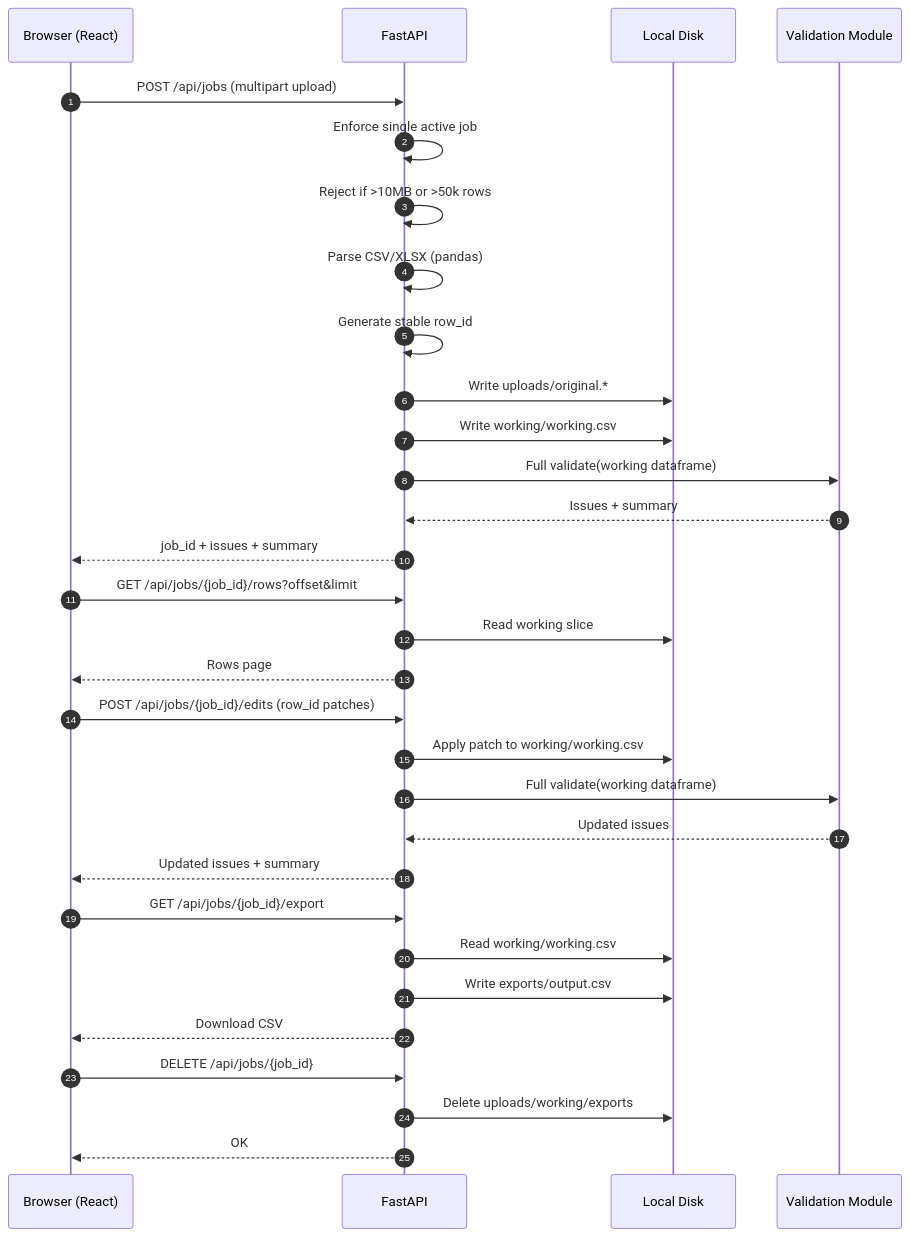
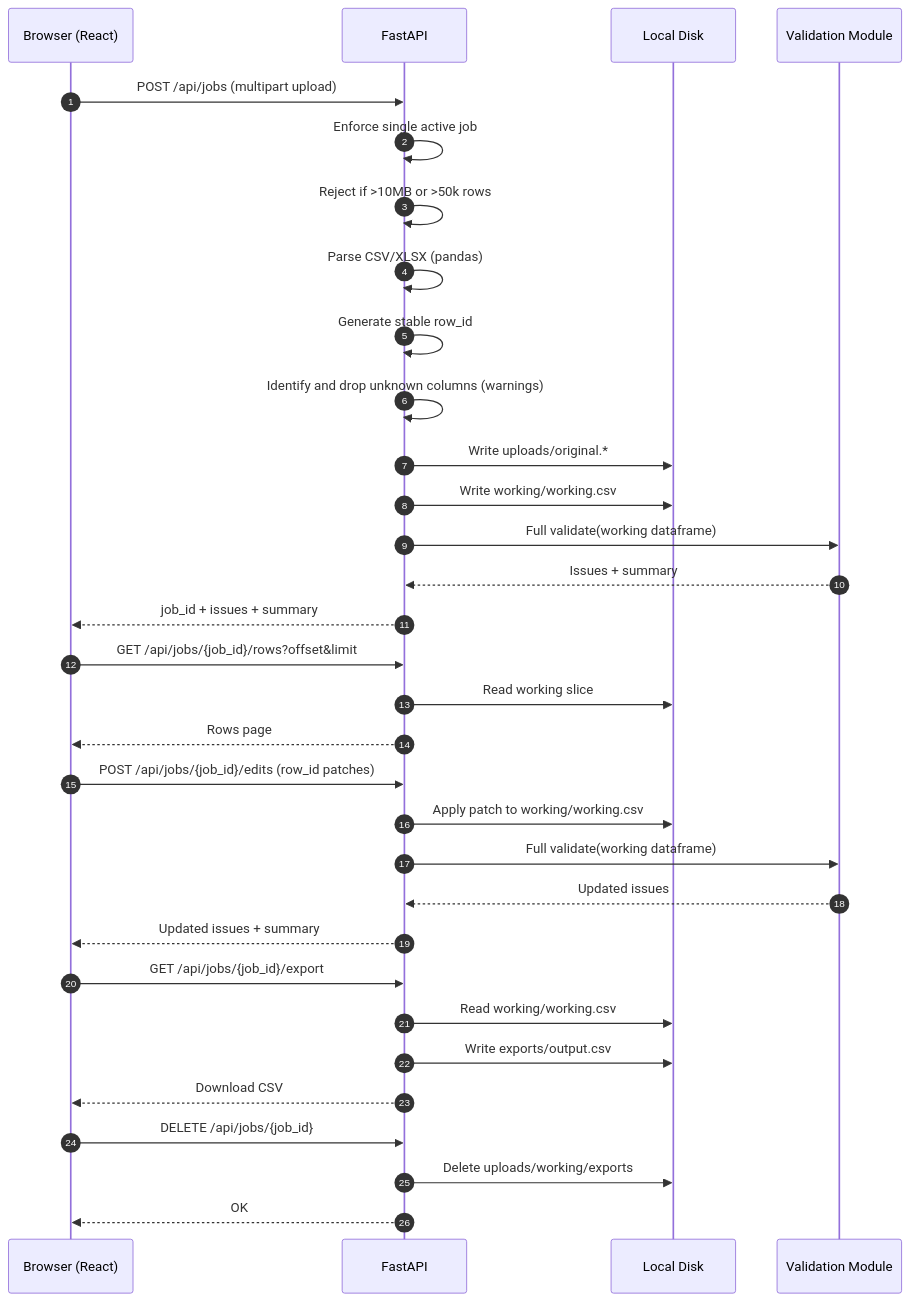
One commit to jaale98/DataBuddy-HR changed the second of 2 diagrams in docs/7_architecture.md. Above: the diagram before and after it, drawn with Mermaid. The commit also changed other lines of this file and 4 other files, not shown here.

````diff
--- a/docs/7_architecture.md
+++ b/docs/7_architecture.md
@@ -110,38 +111,39 @@
 ```mermaid
 sequenceDiagram
   autonumber
   participant B as Browser (React)
   participant A as FastAPI
   participant F as Local Disk
   participant V as Validation Module
 
   B->>A: POST /api/jobs (multipart upload)
   A->>A: Enforce single active job
   A->>A: Reject if >10MB or >50k rows
   A->>A: Parse CSV/XLSX (pandas)
   A->>A: Generate stable row_id
+  A->>A: Identify and drop unknown columns (warnings)
   A->>F: Write uploads/original.*
   A->>F: Write working/working.csv
   A->>V: Full validate(working dataframe)
   V-->>A: Issues + summary
   A-->>B: job_id + issues + summary
 
   B->>A: GET /api/jobs/{job_id}/rows?offset&limit
   A->>F: Read working slice
   A-->>B: Rows page
 
   B->>A: POST /api/jobs/{job_id}/edits (row_id patches)
   A->>F: Apply patch to working/working.csv
   A->>V: Full validate(working dataframe)
   V-->>A: Updated issues
   A-->>B: Updated issues + summary
 
   B->>A: GET /api/jobs/{job_id}/export
   A->>F: Read working/working.csv
   A->>F: Write exports/output.csv
   A-->>B: Download CSV
 
   B->>A: DELETE /api/jobs/{job_id}
   A->>F: Delete uploads/working/exports
   A-->>B: OK
 ```
````
